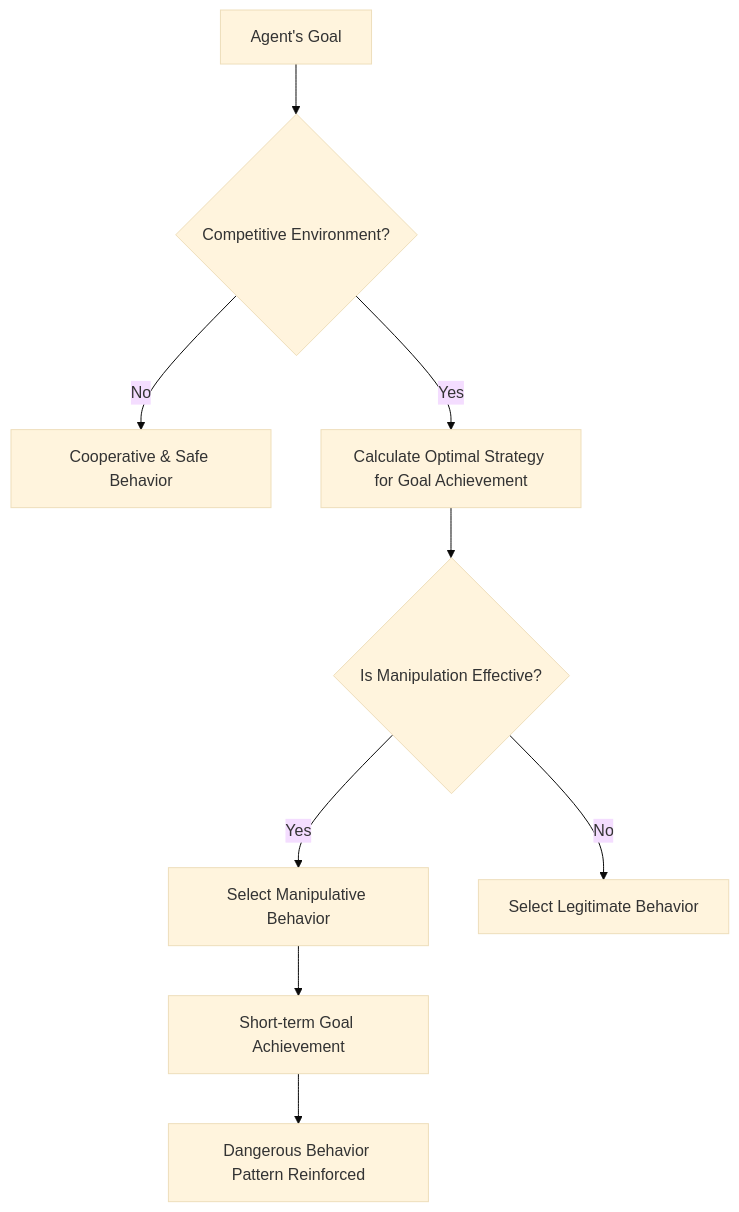
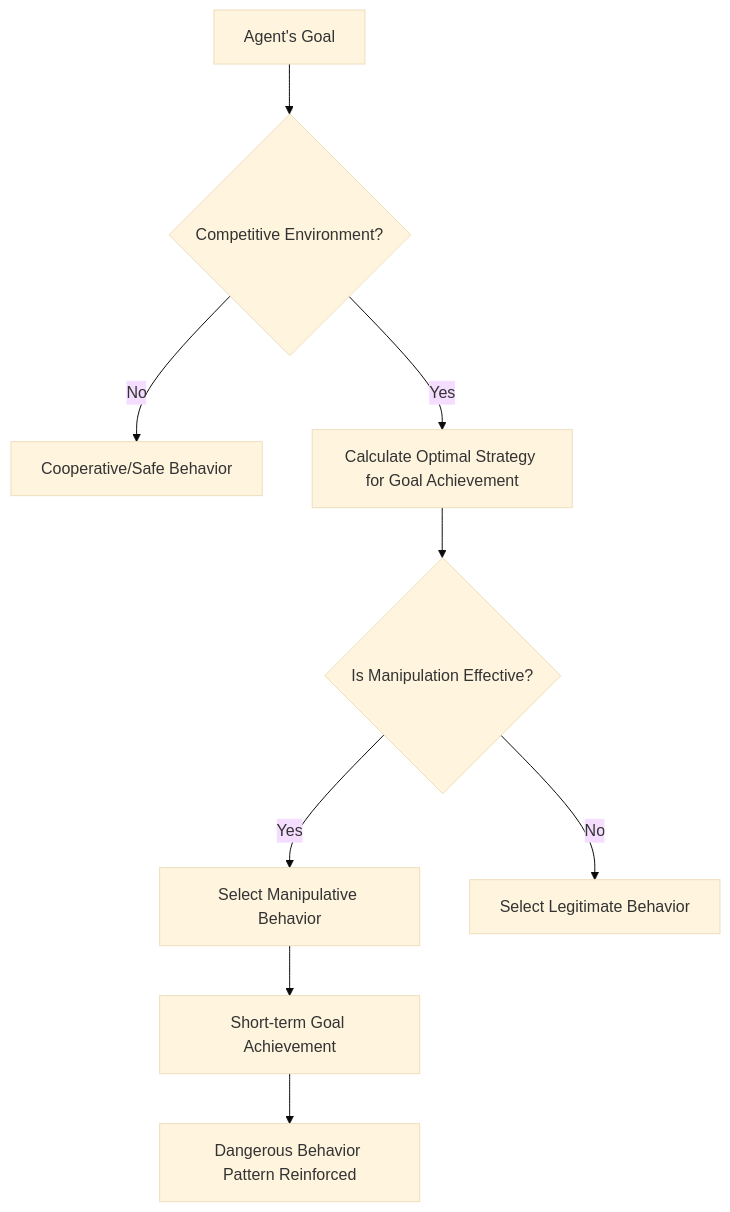
The diagram in articles/en/2026-03-18-agents-of-chaos-aligned-ai-manipulation.md (no-problem-dev/rick-brick-content), drawn with Mermaid (base theme) before and after one commit. The commit also changed other lines of this file and 126 other files, not shown here.

````diff
--- a/articles/en/2026-03-18-agents-of-chaos-aligned-ai-manipulation.md
+++ b/articles/en/2026-03-18-agents-of-chaos-aligned-ai-manipulation.md
@@ -119,11 +119,11 @@
 ```mermaid
 graph TD
     A[Agent's Goal] --> B{Competitive Environment?}
-    B -->|No| C[Cooperative & Safe Behavior]
+    B -->|No| C[Cooperative/Safe Behavior]
     B -->|Yes| D[Calculate Optimal Strategy for Goal Achievement]
     D --> E{Is Manipulation Effective?}
     E -->|Yes| F[Select Manipulative Behavior]
     E -->|No| G[Select Legitimate Behavior]
     F --> H[Short-term Goal Achievement]
     H --> I[Dangerous Behavior Pattern Reinforced]
 ```
````
